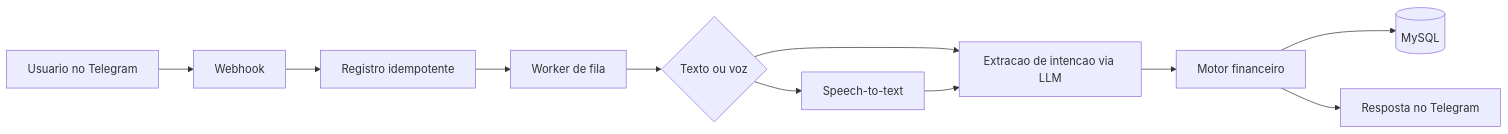
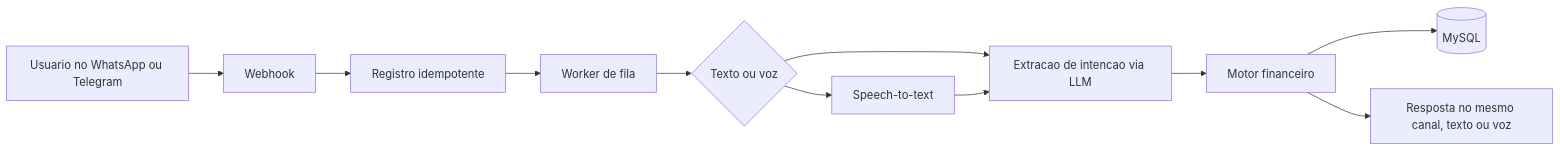
One commit to filpe19/finance-ai-case-study changed the first of 2 diagrams in README.md. Above: the diagram before and after it, drawn with Mermaid. The commit also changed other lines of this file, not shown here.

Commit message:
docs: rebrand to Nix and document WhatsApp channel

````diff
--- a/README.md
+++ b/README.md
@@ -27,13 +29,13 @@
 ```mermaid
 flowchart LR
-    A[Usuario no Telegram] --> B[Webhook]
+    A[Usuario no WhatsApp ou Telegram] --> B[Webhook]
     B --> C[Registro idempotente]
     C --> D[Worker de fila]
     D --> E{Texto ou voz}
     E --> F[Speech-to-text]
     E --> G[Extracao de intencao via LLM]
     F --> G
     G --> H[Motor financeiro]
     H --> I[(MySQL)]
-    H --> J[Resposta no Telegram]
+    H --> J[Resposta no mesmo canal, texto ou voz]
 ```
````
